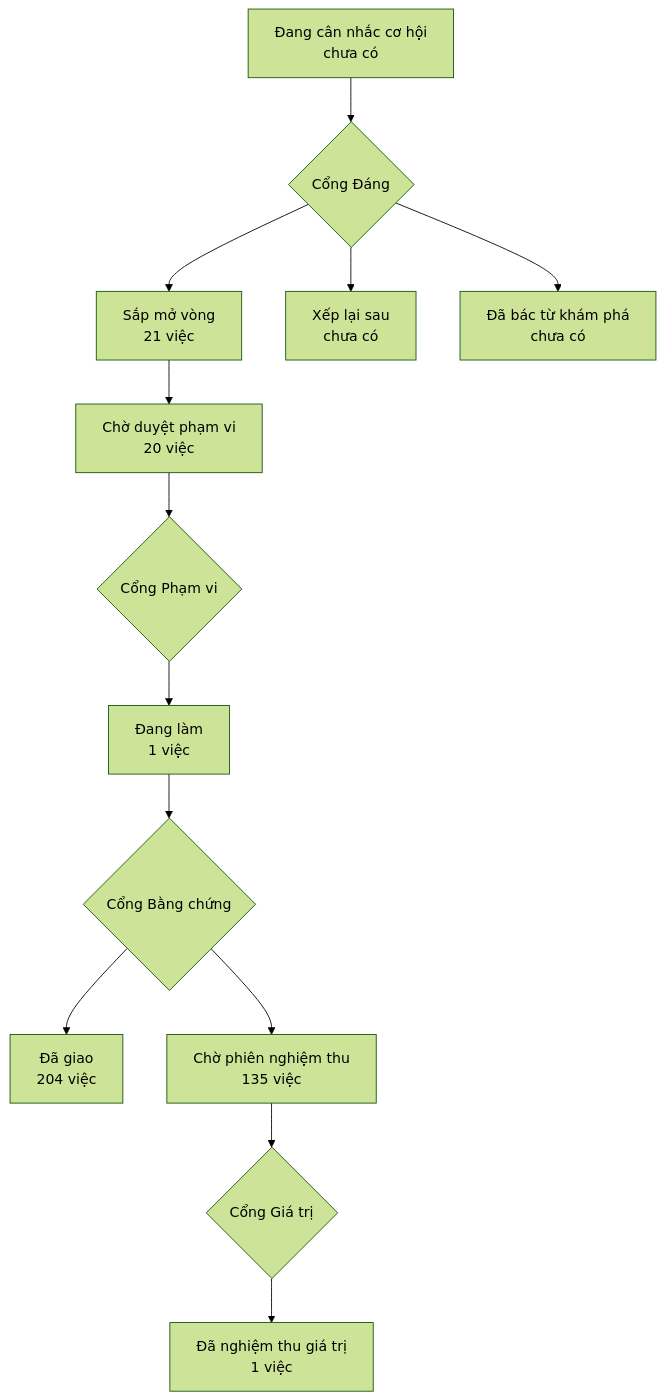
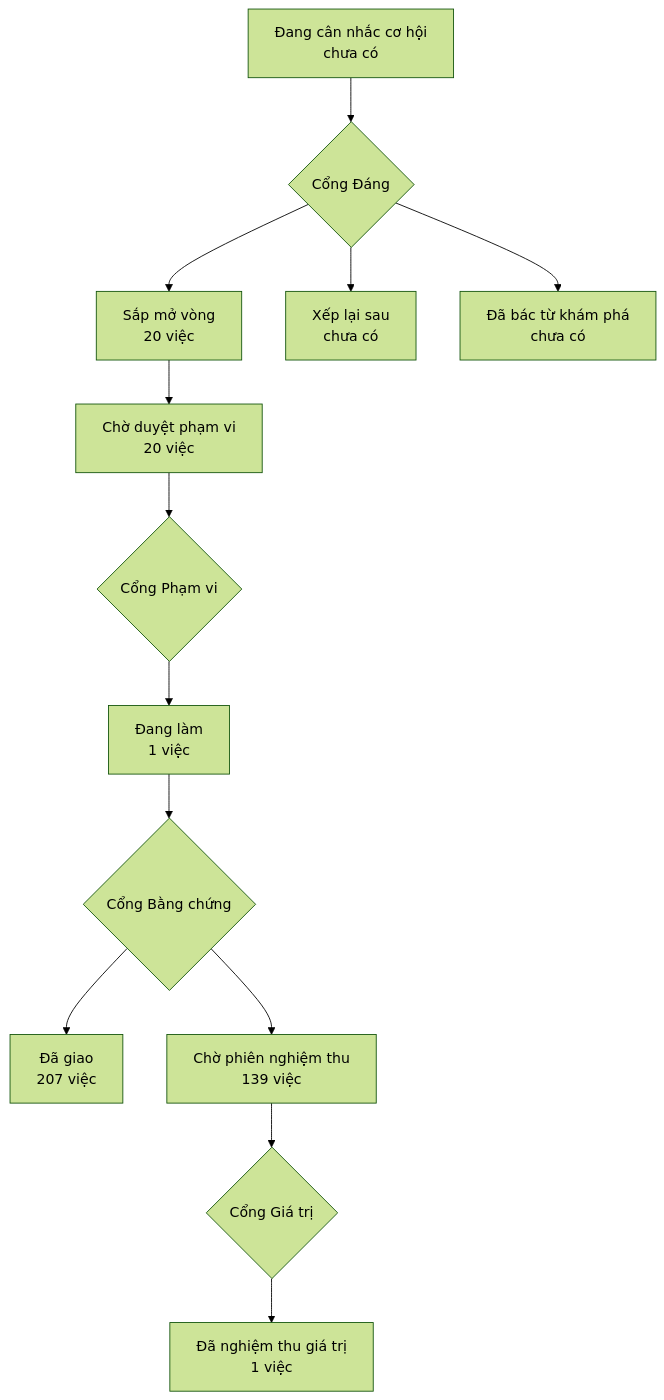
Before and after one commit to phanlemanh/onehub-invest: the diagram in PRODUCT-MAP.md, drawn with Mermaid (forest theme). The commit also changed other lines of this file and 3 other files, not shown here.

````diff
--- a/PRODUCT-MAP.md
+++ b/PRODUCT-MAP.md
@@ -7,12 +7,12 @@
 ```mermaid
 flowchart TD
   A["Đang cân nhắc cơ hội<br/>chưa có"] --> GD{"Cổng Đáng"}
-  GD --> B["Sắp mở vòng<br/>21 việc"]
+  GD --> B["Sắp mở vòng<br/>20 việc"]
   GD --> XL["Xếp lại sau<br/>chưa có"]
   GD --> DB["Đã bác từ khám phá<br/>chưa có"]
   B --> CD["Chờ duyệt phạm vi<br/>20 việc"] --> GP{"Cổng Phạm vi"}
   GP --> DL["Đang làm<br/>1 việc"] --> GB{"Cổng Bằng chứng"}
-  GB --> DG["Đã giao<br/>204 việc"]
-  GB --> CN["Chờ phiên nghiệm thu<br/>135 việc"] --> GG{"Cổng Giá trị"}
+  GB --> DG["Đã giao<br/>207 việc"]
+  GB --> CN["Chờ phiên nghiệm thu<br/>139 việc"] --> GG{"Cổng Giá trị"}
   GG --> NT["Đã nghiệm thu giá trị<br/>1 việc"]
 ```
````
